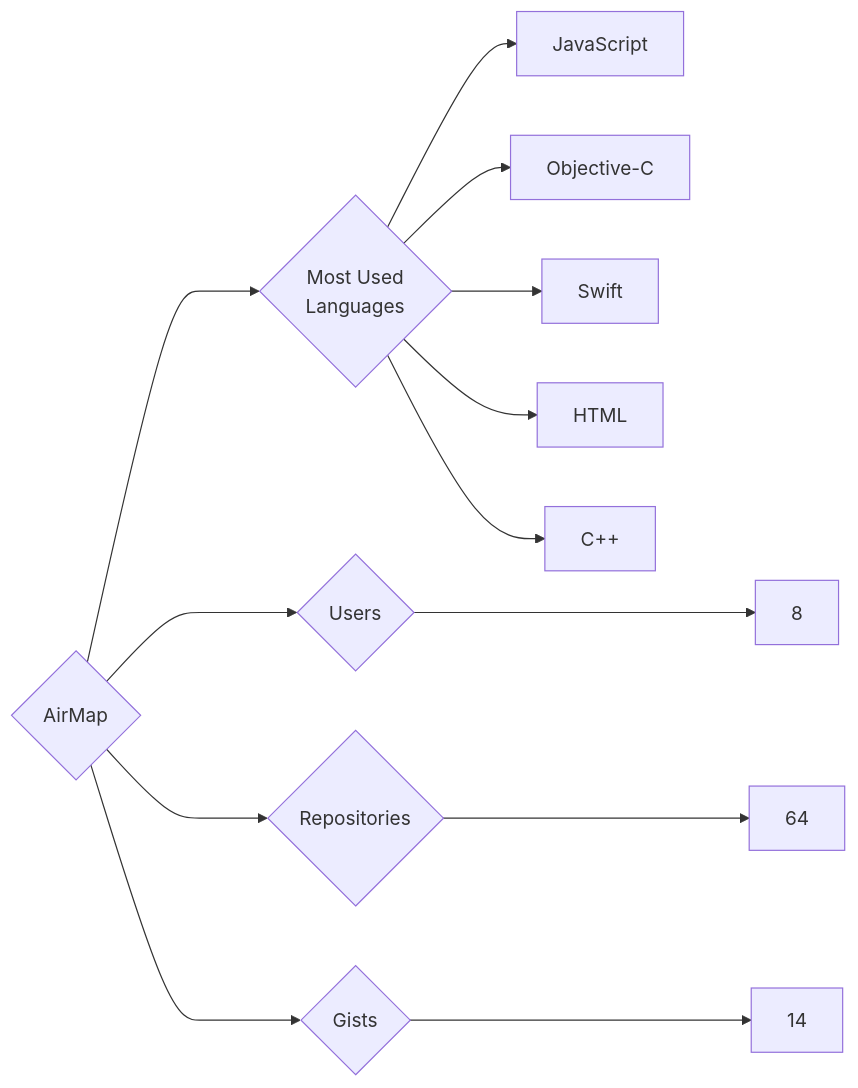
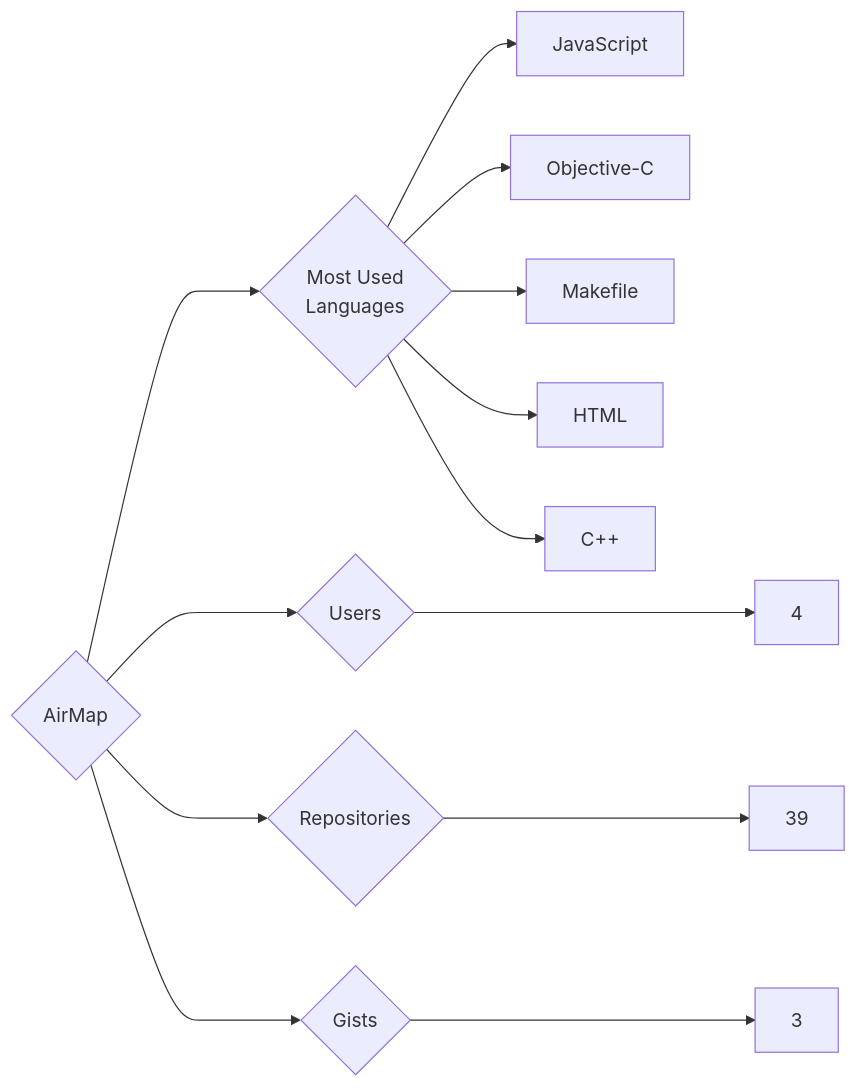
Before and after one commit to trickest/insiders: the diagram in targets/AirMap/README.md, drawn with Mermaid. The commit also changed 783 other files, not shown here.

````diff
--- a/targets/AirMap/README.md
+++ b/targets/AirMap/README.md
@@ -3,13 +3,13 @@
 ```mermaid
 graph LR
 COMPANY_NAME{AirMap}
-COMPANY_NAME ---> U{Users} ---> UN[8]
-COMPANY_NAME ---> R{Repositories} ---> RN[64]
-COMPANY_NAME ---> G{Gists} ---> GN[14]
+COMPANY_NAME ---> U{Users} ---> UN[4]
+COMPANY_NAME ---> R{Repositories} ---> RN[39]
+COMPANY_NAME ---> G{Gists} ---> GN[3]
 COMPANY_NAME ---> ML{Most Used<br>Languages}
 ML --> JavaScript[JavaScript]
 ML --> Objective-C[Objective-C]
-ML --> Swift[Swift]
+ML --> Makefile[Makefile]
 ML --> HTML[HTML]
 ML --> C++[C++]
 ```
````
